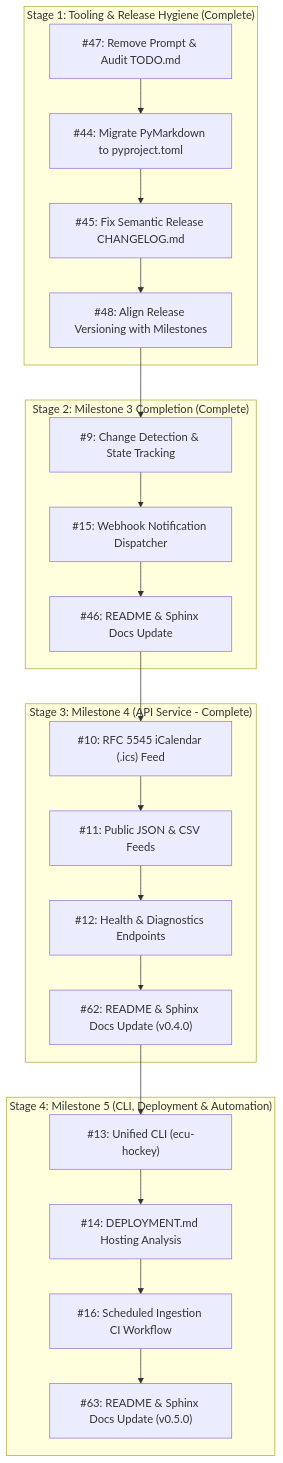
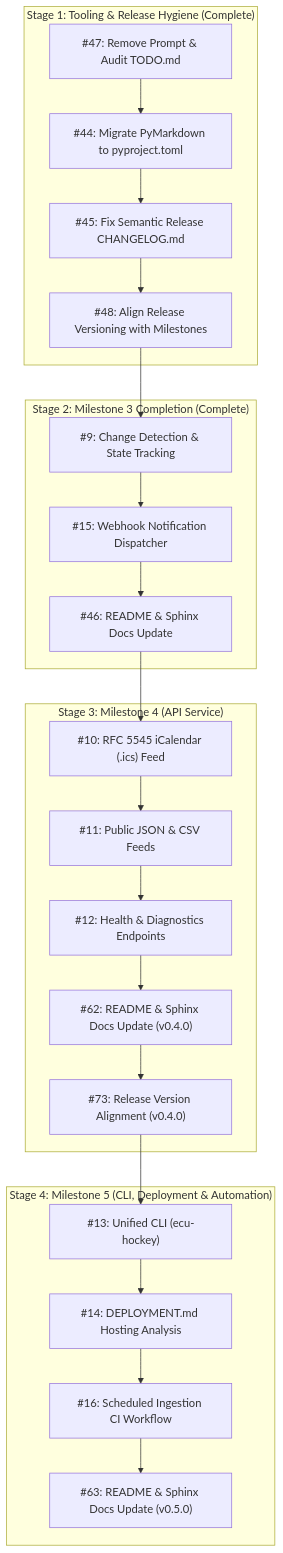
The second of 2 diagrams in TODO.md (bdperkin/ecu-hockey-calendar), drawn with Mermaid before and after one commit. The commit also changed other lines of this file, not shown here.

First line of the commit message:
docs(roadmap): track release version alignment issue #73 in TODO.md (#74)

````diff
--- a/TODO.md
+++ b/TODO.md
@@ -281,44 +288,46 @@
 ```mermaid
 flowchart TD
     subgraph HYGIENE["Stage 1: Tooling & Release Hygiene (Complete)"]
         T47["#47: Remove Prompt & Audit TODO.md"]
         T44["#44: Migrate PyMarkdown to pyproject.toml"]
         T45["#45: Fix Semantic Release CHANGELOG.md"]
         T48["#48: Align Release Versioning with Milestones"]
     end
 
     subgraph M3["Stage 2: Milestone 3 Completion (Complete)"]
         T9["#9: Change Detection & State Tracking"]
         T15["#15: Webhook Notification Dispatcher"]
         T46["#46: README & Sphinx Docs Update"]
     end
 
-    subgraph M4["Stage 3: Milestone 4 (API Service - Complete)"]
+    subgraph M4["Stage 3: Milestone 4 (API Service)"]
         T10["#10: RFC 5545 iCalendar (.ics) Feed"]
         T11["#11: Public JSON & CSV Feeds"]
         T12["#12: Health & Diagnostics Endpoints"]
         T62["#62: README & Sphinx Docs Update (v0.4.0)"]
+        T73["#73: Release Version Alignment (v0.4.0)"]
     end
 
     subgraph M5["Stage 4: Milestone 5 (CLI, Deployment & Automation)"]
         T13["#13: Unified CLI (ecu-hockey)"]
         T14["#14: DEPLOYMENT.md Hosting Analysis"]
         T16["#16: Scheduled Ingestion CI Workflow"]
         T63["#63: README & Sphinx Docs Update (v0.5.0)"]
     end
 
     T47 --> T44
     T44 --> T45
     T45 --> T48
     T48 --> T9
     T9 --> T15
     T15 --> T46
     T46 --> T10
     T10 --> T11
     T11 --> T12
     T12 --> T62
-    T62 --> T13
+    T62 --> T73
+    T73 --> T13
     T13 --> T14
     T14 --> T16
     T16 --> T63
 ```
````
